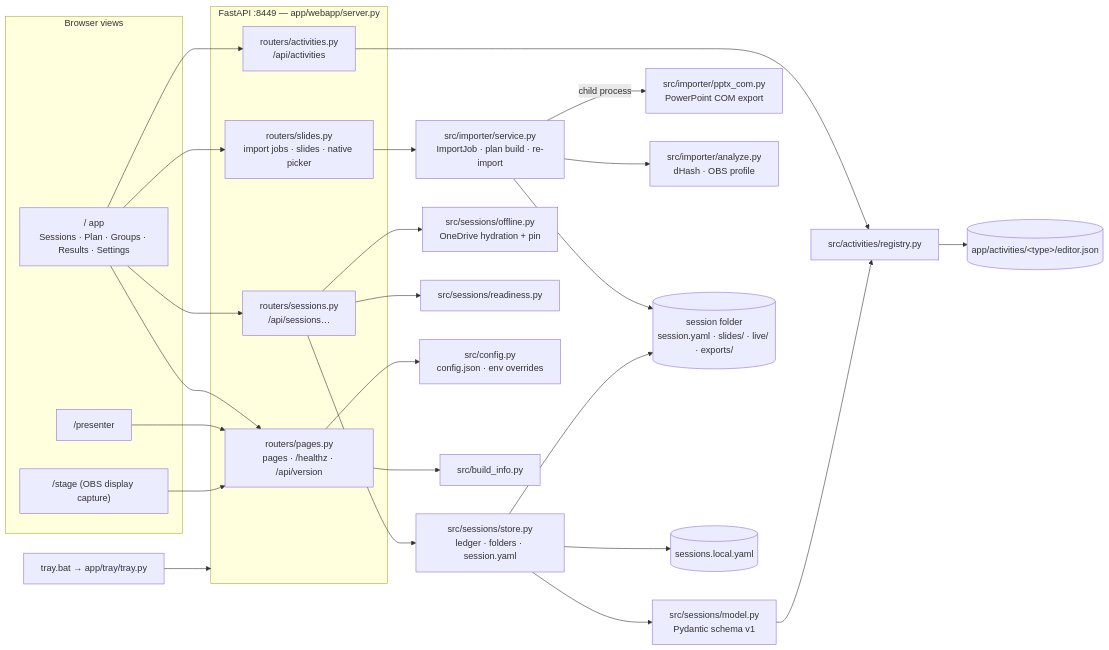
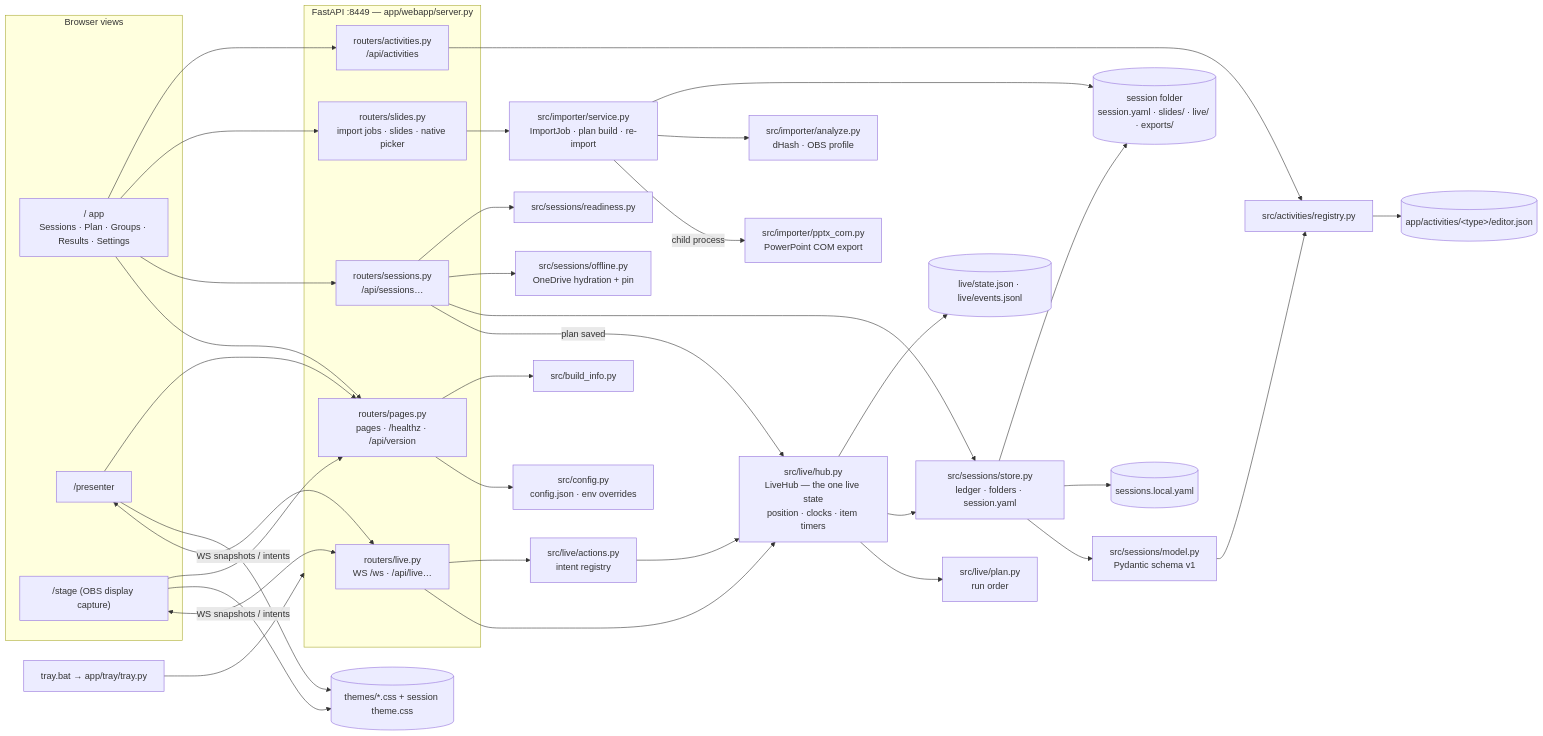
One commit to ferraroroberto/facilitation-suite changed the diagram in docs/architecture.mmd. Above: the diagram before and after it, drawn with Mermaid. The commit also changed 23 other files, not shown here.

First line of the commit message:
feat: live stage and presenter in sync over one WebSocket (#6)

```diff
--- a/docs/architecture.mmd
+++ b/docs/architecture.mmd
@@ -1,35 +1,47 @@
 %% facilitation-suite — internal structure (hand-authored; update with structural changes)
 flowchart LR
   subgraph clients[Browser views]
     appv["/ app<br/>Sessions · Plan · Groups · Results · Settings"]
     presenter["/presenter"]
     stage["/stage (OBS display capture)"]
   end
   tray["tray.bat → app/tray/tray.py"] --> server
   subgraph server[FastAPI :8449 — app/webapp/server.py]
     pages["routers/pages.py<br/>pages · /healthz · /api/version"]
     sessr["routers/sessions.py<br/>/api/sessions…"]
     slidesr["routers/slides.py<br/>import jobs · slides · native picker"]
     actr["routers/activities.py<br/>/api/activities"]
+    liver["routers/live.py<br/>WS /ws · /api/live…"]
   end
+  liver --> hub["src/live/hub.py<br/>LiveHub — the one live state<br/>position · clocks · item timers"]
+  liver --> acts["src/live/actions.py<br/>intent registry"]
+  acts --> hub
+  hub --> run["src/live/plan.py<br/>run order"]
+  hub --> store
+  hub --> livefiles[("live/state.json · live/events.jsonl")]
+  sessr -->|plan saved| hub
+  presenter <-->|WS snapshots / intents| liver
+  stage <-->|WS snapshots / intents| liver
+  presenter --> themes[("themes/*.css + session theme.css")]
+  stage --> themes
   actr --> reg["src/activities/registry.py"]
   model --> reg
   reg --> plug[("app/activities/&lt;type&gt;/editor.json")]
   slidesr --> importer["src/importer/service.py<br/>ImportJob · plan build · re-import"]
   importer -->|child process| com["src/importer/pptx_com.py<br/>PowerPoint COM export"]
   importer --> analyze["src/importer/analyze.py<br/>dHash · OBS profile"]
   importer --> folder
   sessr --> store["src/sessions/store.py<br/>ledger · folders · session.yaml"]
   store --> model["src/sessions/model.py<br/>Pydantic schema v1"]
   sessr --> offline["src/sessions/offline.py<br/>OneDrive hydration + pin"]
   sessr --> ready["src/sessions/readiness.py"]
   store --> ledger[("sessions.local.yaml")]
   store --> folder[("session folder<br/>session.yaml · slides/ · live/ · exports/")]
   appv --> pages
   appv --> sessr
   appv --> slidesr
   appv --> actr
   presenter --> pages
   stage --> pages
   pages --> cfg["src/config.py<br/>config.json · env overrides"]
   pages --> build["src/build_info.py"]
```
